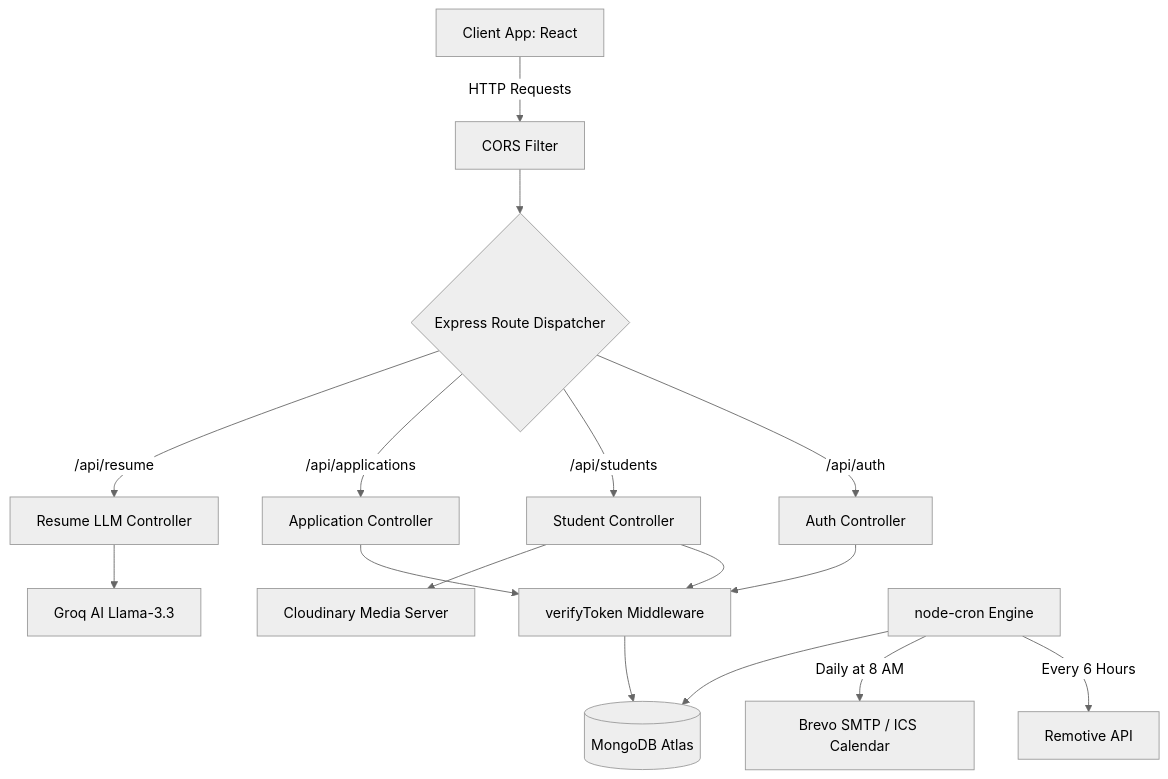
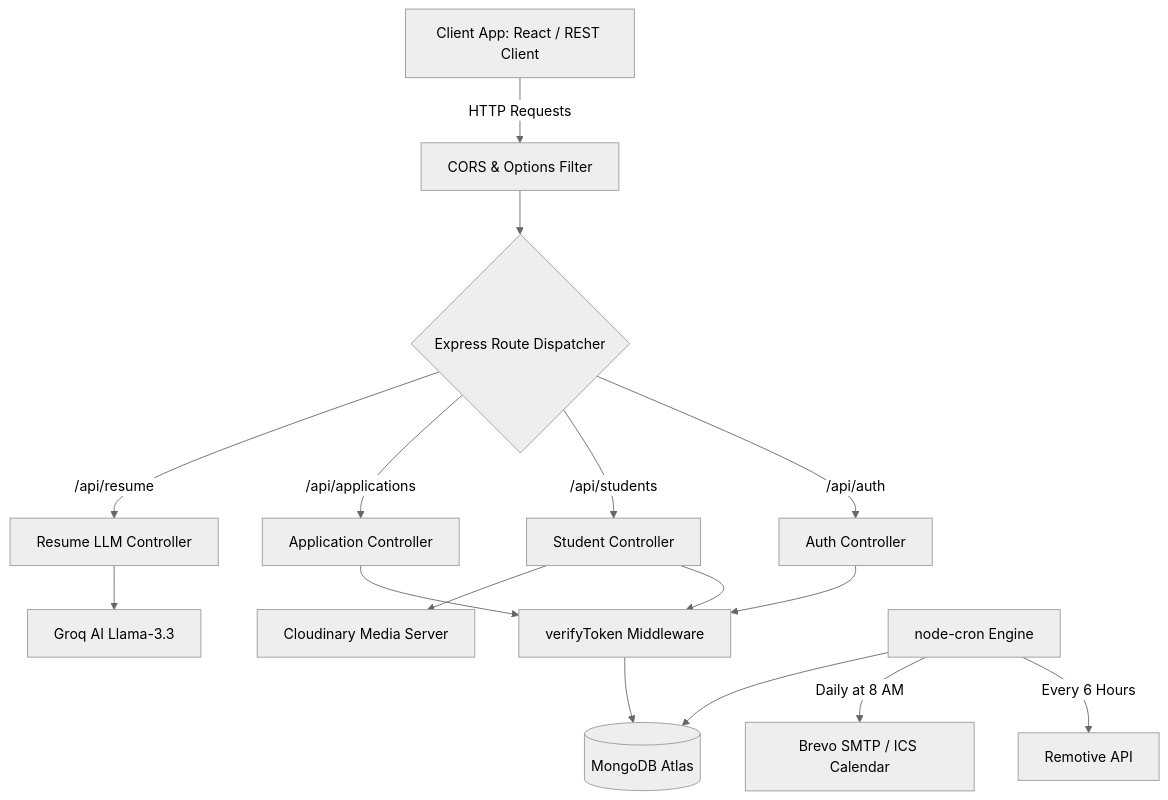
The diagram in server/README.md (Abhijith-Sura/smart_placement_tracker), drawn with Mermaid (neutral theme) before and after one commit. The commit also changed other lines of this file and 2 other files, not shown here.

````diff
--- a/server/README.md
+++ b/server/README.md
@@ -31,23 +32,23 @@
 ```mermaid
 graph TD
-    Client[Client App: React] -->|HTTP Requests| CORS[CORS Filter]
+    Client[Client App: React / REST Client] -->|HTTP Requests| CORS[CORS & Options Filter]
     CORS --> Router{Express Route Dispatcher}
     
     Router -->|/api/auth| AuthRouter[Auth Controller]
     Router -->|/api/students| StudentRouter[Student Controller]
     Router -->|/api/applications| AppRouter[Application Controller]
     Router -->|/api/resume| ResumeRouter[Resume LLM Controller]
     
     AuthRouter --> AuthMid[verifyToken Middleware]
     StudentRouter --> AuthMid
     AppRouter --> AuthMid
     
     AuthMid --> DB[(MongoDB Atlas)]
     
     ResumeRouter --> Groq[Groq AI Llama-3.3]
     StudentRouter --> Cloudinary[Cloudinary Media Server]
     
     Cron[node-cron Engine] -->|Every 6 Hours| Remotive[Remotive API]
     Cron -->|Daily at 8 AM| Brevo[Brevo SMTP / ICS Calendar]
     Cron --> DB
 ```
````
